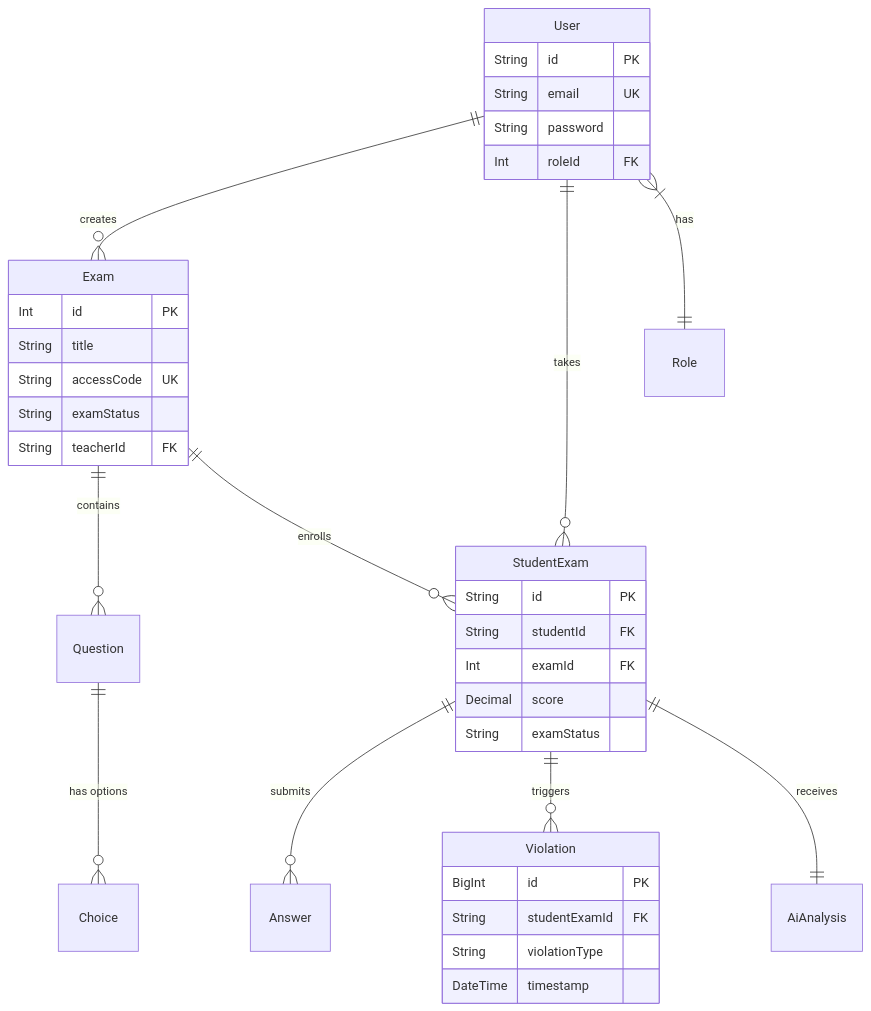
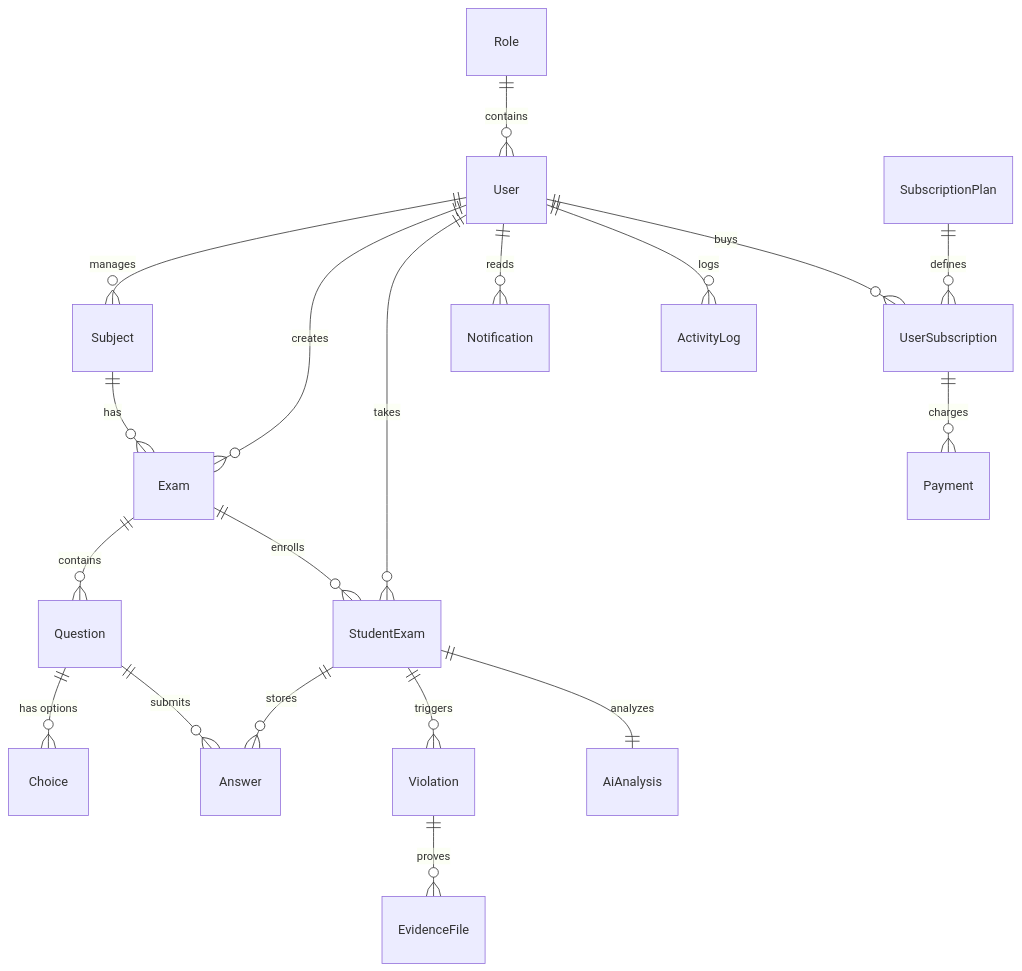
One commit to ChristianGlenn-Pacaldo/ProctorShieldAI changed the third of 3 diagrams in ProctorShield_SPMP.md. Above: the diagram before and after it, drawn with Mermaid. The commit also changed other lines of this file and 41 other files, not shown here.

````diff
--- a/ProctorShield_SPMP.md
+++ b/ProctorShield_SPMP.md
@@ -225,39 +241,26 @@
 ```mermaid
 erDiagram
+    Role ||--o{ User : "contains"
+    User ||--o{ Subject : "manages"
     User ||--o{ Exam : "creates"
     User ||--o{ StudentExam : "takes"
-    User }|--|| Role : "has"
+    User ||--o{ Notification : "reads"
+    User ||--o{ ActivityLog : "logs"
+    User ||--o{ UserSubscription : "buys"
+    
+    Subject ||--o{ Exam : "has"
+    
     Exam ||--o{ Question : "contains"
     Exam ||--o{ StudentExam : "enrolls"
+    
     Question ||--o{ Choice : "has options"
-    StudentExam ||--o{ Answer : "submits"
+    Question ||--o{ Answer : "submits"
+    
+    StudentExam ||--o{ Answer : "stores"
     StudentExam ||--o{ Violation : "triggers"
-    StudentExam ||--|| AiAnalysis : "receives"
-
-    User {
-        String id PK
-        String email UK
-        String password
-        Int roleId FK
-    }
-    Exam {
-        Int id PK
-        String title
-        String accessCode UK
-        String examStatus
-        String teacherId FK
-    }
-    StudentExam {
-        String id PK
-        String studentId FK
-        Int examId FK
-        Decimal score
-        String examStatus
-    }
-    Violation {
-        BigInt id PK
-        String studentExamId FK
-        String violationType
-        DateTime timestamp
-    }
+    StudentExam ||--|| AiAnalysis : "analyzes"
+    
+    Violation ||--o{ EvidenceFile : "proves"
+    SubscriptionPlan ||--o{ UserSubscription : "defines"
+    UserSubscription ||--o{ Payment : "charges"
 ```
````
